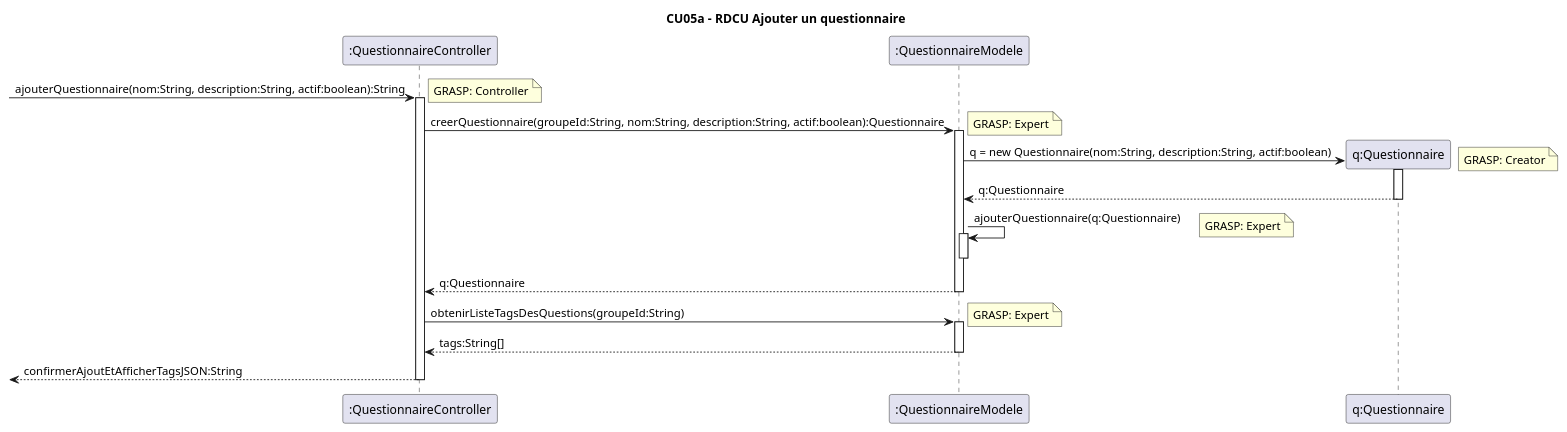
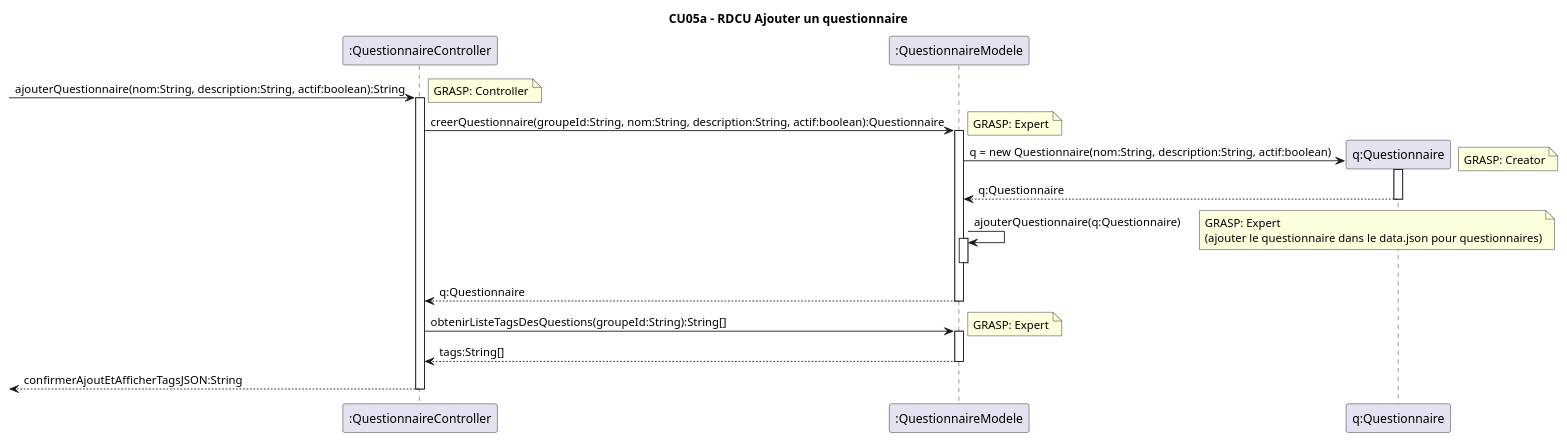
One commit to xMrYahya/moodle-clone changed the diagram in docs/modeles/cu05/rdcu-ajouter-questionnaire.puml. Above: the diagram before and after it, drawn with PlantUML. The commit also changed 10 other files, not shown here.

Commit message:
fin des rdcu pour CU05c - modifier un questionnaire + petites correction/modifications du dss pour CU05

```diff
--- a/docs/modeles/cu05/rdcu-ajouter-questionnaire.puml
+++ b/docs/modeles/cu05/rdcu-ajouter-questionnaire.puml
@@ -1,34 +1,37 @@
 @startuml
 title CU05a - RDCU Ajouter un questionnaire
 
 participant ":QuestionnaireController" as controller
 participant ":QuestionnaireModele" as questionnaireModele
 participant "q:Questionnaire" as questionnaire
 
 -> controller : ajouterQuestionnaire(nom:String, description:String, actif:boolean):String
 note right: GRASP: Controller
 activate controller
 controller -> questionnaireModele : creerQuestionnaire(groupeId:String, nom:String, description:String, actif:boolean):Questionnaire
 note right: GRASP: Expert
 activate questionnaireModele
 create questionnaire
 questionnaireModele -> questionnaire : q = new Questionnaire(nom:String, description:String, actif:boolean)
 note right: GRASP: Creator
 activate questionnaire
 questionnaire --> questionnaireModele : q:Questionnaire
 deactivate questionnaire
 questionnaireModele -> questionnaireModele ++: ajouterQuestionnaire(q:Questionnaire)
-note right: GRASP: Expert
+note right
+GRASP: Expert
+(ajouter le questionnaire dans le data.json pour questionnaires)
+end note
 deactivate questionnaireModele
 questionnaireModele --> controller : q:Questionnaire
 deactivate questionnaireModele
-'peut etre changer la classe qui recoit obtenirListeTagsDesQuestions() pour ne pas que le modele de questionnaire soit oblig� de connaitre les tags
-controller -> questionnaireModele : obtenirListeTagsDesQuestions(groupeId:String)
+'peut etre changer la classe qui recoit obtenirListeTagsDesQuestions() pour ne pas que le modele de questionnaire soit oblige de connaitre les tags
+controller -> questionnaireModele : obtenirListeTagsDesQuestions(groupeId:String):String[]
 note right: GRASP: Expert
 activate questionnaireModele
 questionnaireModele --> controller : tags:String[]
 deactivate questionnaireModele
 <-- controller : confirmerAjoutEtAfficherTagsJSON:String
 deactivate controller
 
 @enduml
```
